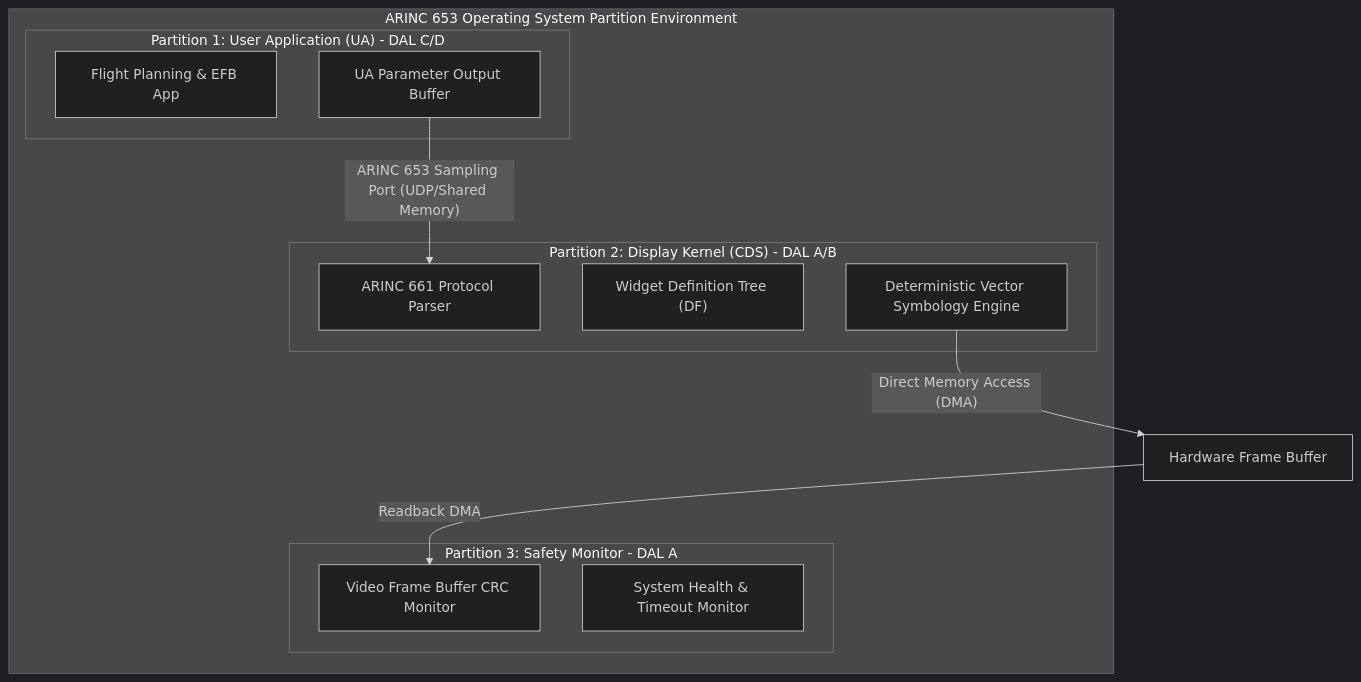
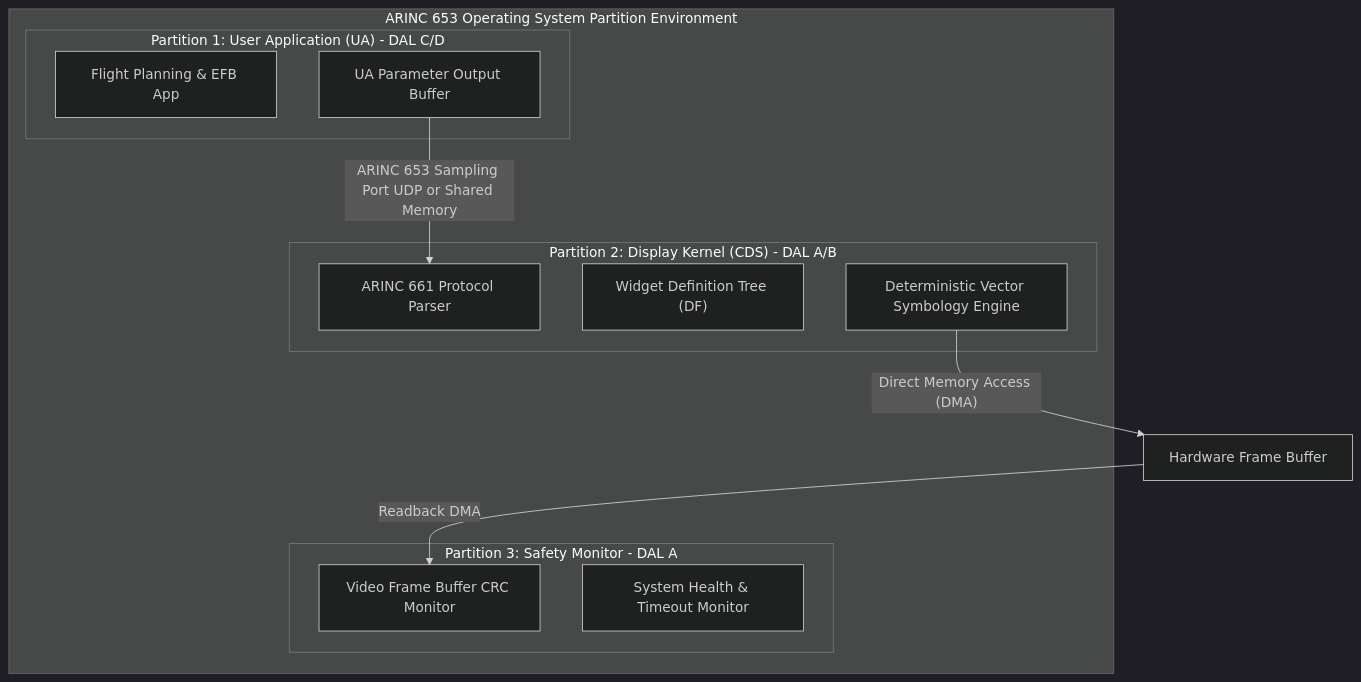
The second of 6 diagrams in docs/architecture/blueprints/SAFETY_CRITICAL_REALTIME_UI_FRAMEWORK.md (gintatkinson/DEAP-spec-core), drawn with Mermaid (dark theme) before and after one commit. The commit also changed other lines of this file and 3 other files, not shown here.

````diff
--- a/docs/architecture/blueprints/SAFETY_CRITICAL_REALTIME_UI_FRAMEWORK.md
+++ b/docs/architecture/blueprints/SAFETY_CRITICAL_REALTIME_UI_FRAMEWORK.md
@@ -55,24 +55,24 @@
 ```mermaid
 graph TD
     subgraph ARINC653 ["ARINC 653 Operating System Partition Environment"]
         subgraph Part1 ["Partition 1: User Application (UA) - DAL C/D"]
             UA_App["Flight Planning & EFB App"]
             UA_Buffer["UA Parameter Output Buffer"]
         end
 
         subgraph Part2 ["Partition 2: Display Kernel (CDS) - DAL A/B"]
             A661_Parser["ARINC 661 Protocol Parser"]
             Widget_Tree["Widget Definition Tree (DF)"]
             Render_Engine["Deterministic Vector Symbology Engine"]
         end
 
         subgraph Part3 ["Partition 3: Safety Monitor - DAL A"]
             CRC_Monitor["Video Frame Buffer CRC Monitor"]
             Health_Monitor["System Health & Timeout Monitor"]
         end
     end
 
-    UA_Buffer -- "ARINC 653 Sampling Port (UDP/Shared Memory)" --> A661_Parser
+    UA_Buffer -- "ARINC 653 Sampling Port UDP or Shared Memory" --> A661_Parser
     Render_Engine -- "Direct Memory Access (DMA)" --> FrameBuffer["Hardware Frame Buffer"]
     FrameBuffer -- "Readback DMA" --> CRC_Monitor
 ```
````
